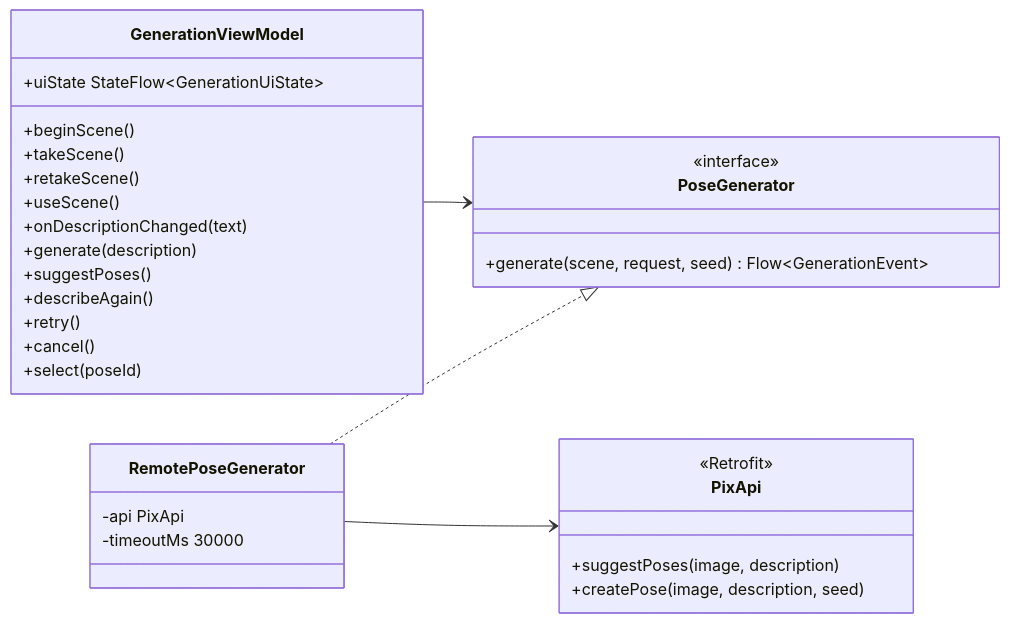
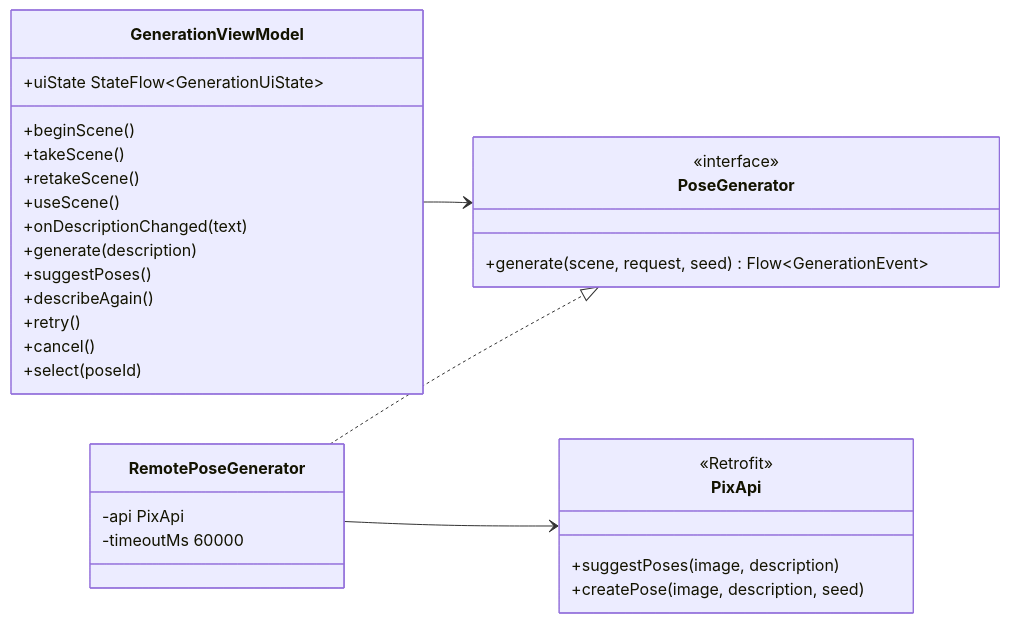
Before and after one commit to snuhcs-course/swpp-2026-project-team-10: the eighth of 12 diagrams in wiki/Design-Documentation.md, drawn with Mermaid. The commit also changed other lines of this file and 10 other files, not shown here.

````diff
--- a/wiki/Design-Documentation.md
+++ b/wiki/Design-Documentation.md
@@ -618,34 +663,34 @@
 ```mermaid
 classDiagram
   direction LR
   class GenerationViewModel {
     +uiState StateFlow~GenerationUiState~
     +beginScene()
     +takeScene()
     +retakeScene()
     +useScene()
     +onDescriptionChanged(text)
     +generate(description)
     +suggestPoses()
     +describeAgain()
     +retry()
     +cancel()
     +select(poseId)
   }
   class PoseGenerator {
     <<interface>>
     +generate(scene, request, seed) Flow~GenerationEvent~
   }
   class RemotePoseGenerator {
     -api PixApi
-    -timeoutMs 30000
+    -timeoutMs 60000
   }
   class PixApi {
     <<Retrofit>>
     +suggestPoses(image, description)
     +createPose(image, description, seed)
   }
   GenerationViewModel --> PoseGenerator
   RemotePoseGenerator ..|> PoseGenerator
   RemotePoseGenerator --> PixApi
 ```
````
